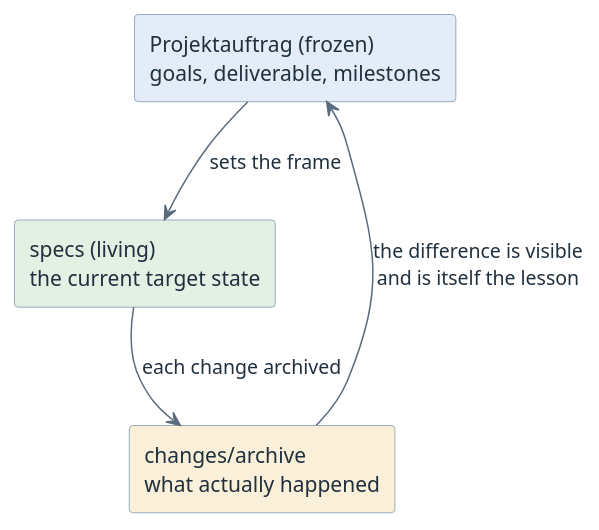
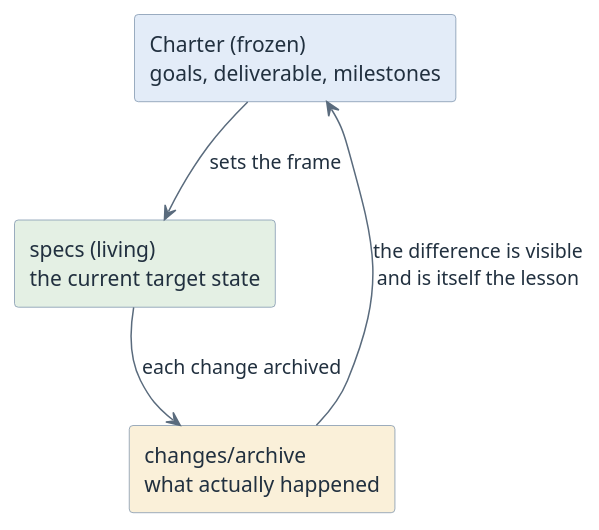
The diagram in modules/governance-project-charter/index.adoc (htl-leonding-college/curriculum-syp3), drawn with PlantUML before and after one commit. The commit also changed 28 other files, not shown here.

```diff
--- a/modules/governance-project-charter/index.adoc
+++ b/modules/governance-project-charter/index.adoc
@@ -94,16 +94,16 @@
 [plantuml,frozen-charter,svg]
 ----
 @startuml
 <style>
 element { BackgroundColor #EDF3FA; LineColor #7C93AD; FontColor #21303F }
 arrow { LineColor #5A6B7D; FontColor #21303F }
 </style>
 skinparam shadowing false
-rectangle "Projektauftrag (frozen)\ngoals, deliverable, milestones" as C #E3ECF8
+rectangle "Charter (frozen)\ngoals, deliverable, milestones" as C #E3ECF8
 rectangle "specs (living)\nthe current target state" as S #E4F0E4
 rectangle "changes/archive\nwhat actually happened" as A #FAF0D9
 C -down-> S : sets the frame
 S -down-> A : each change archived
 A -up-> C : the difference is visible\nand is itself the lesson
 @enduml
 ----
```
